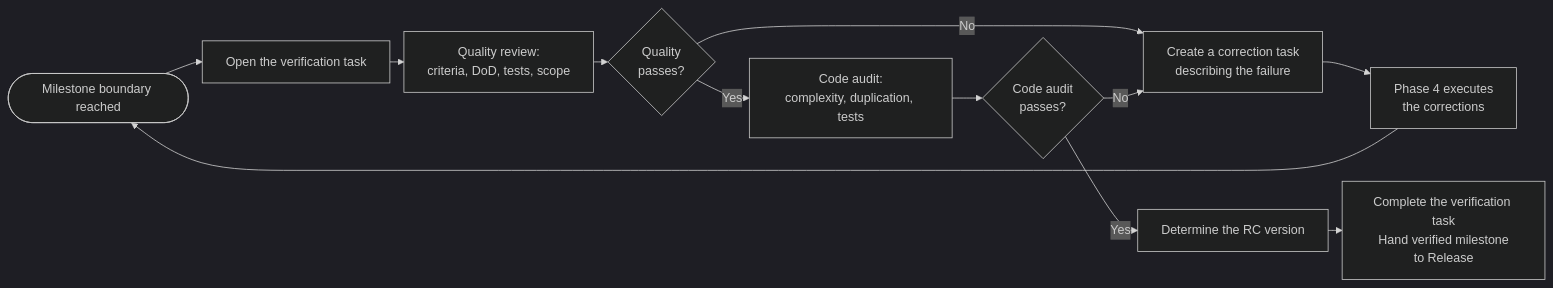
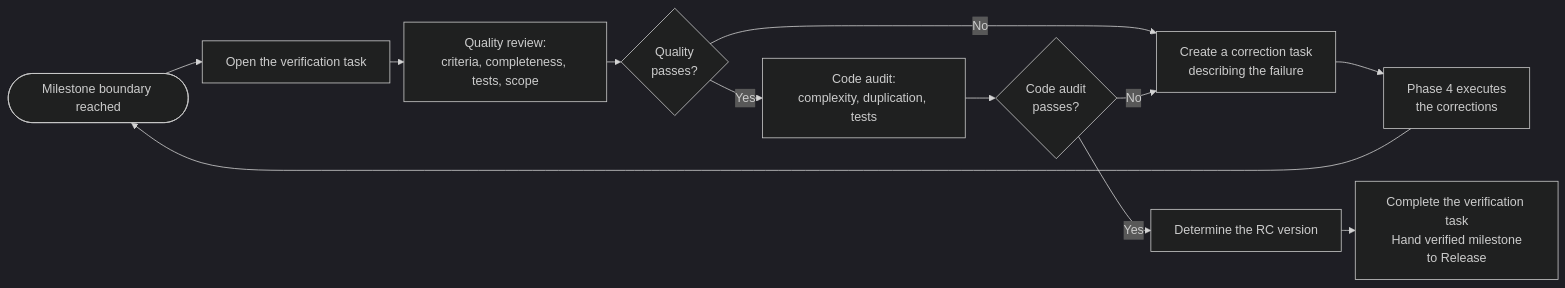
One commit to lyndametref/opencode-dev-workflow changed the diagram in workflows/orchestrator/5-Verification.md. Above: the diagram before and after it, drawn with Mermaid (dark theme). The commit also changed other lines of this file and 9 other files, not shown here.

````diff
--- a/workflows/orchestrator/5-Verification.md
+++ b/workflows/orchestrator/5-Verification.md
@@ -32,15 +32,15 @@
 ```mermaid
 %%{init: {"flowchart": {"nodeSpacing": 10, "rankSpacing": 18}}}%%
 flowchart LR
     IN([Milestone boundary reached]) --> OPEN["Open the verification task"]
-    OPEN --> QR["Quality review:<br/>criteria, DoD, tests, scope"]
+    OPEN --> QR["Quality review:<br/>criteria, completeness, tests, scope"]
     QR --> QOK{"Quality<br/>passes?"}
     QOK -->|"No"| CORR["Create a correction task<br/>describing the failure"]
     CORR --> IMPL["Phase 4 executes<br/>the corrections"]
     IMPL --> IN
     QOK -->|"Yes"| CA["Code audit:<br/>complexity, duplication, tests"]
     CA --> COK{"Code audit<br/>passes?"}
     COK -->|"No"| CORR
     COK -->|"Yes"| RCV["Determine the RC version"]
     RCV --> OUT["Complete the verification task<br/>Hand verified milestone<br/>to Release"]
 ```
````
